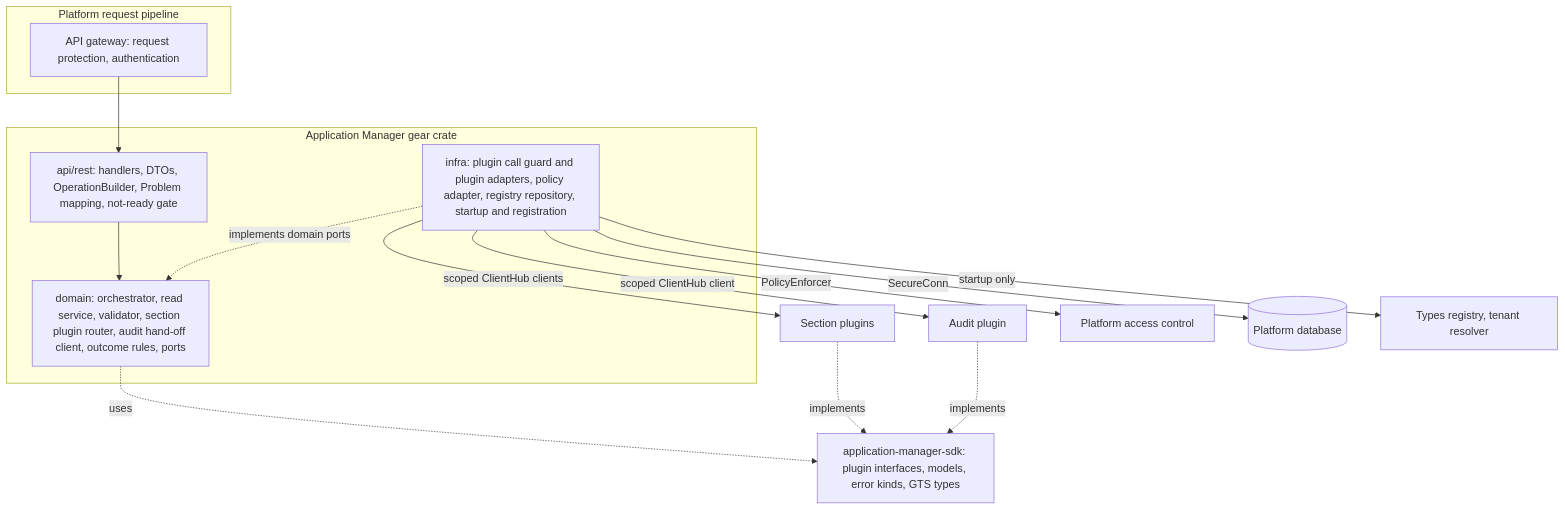
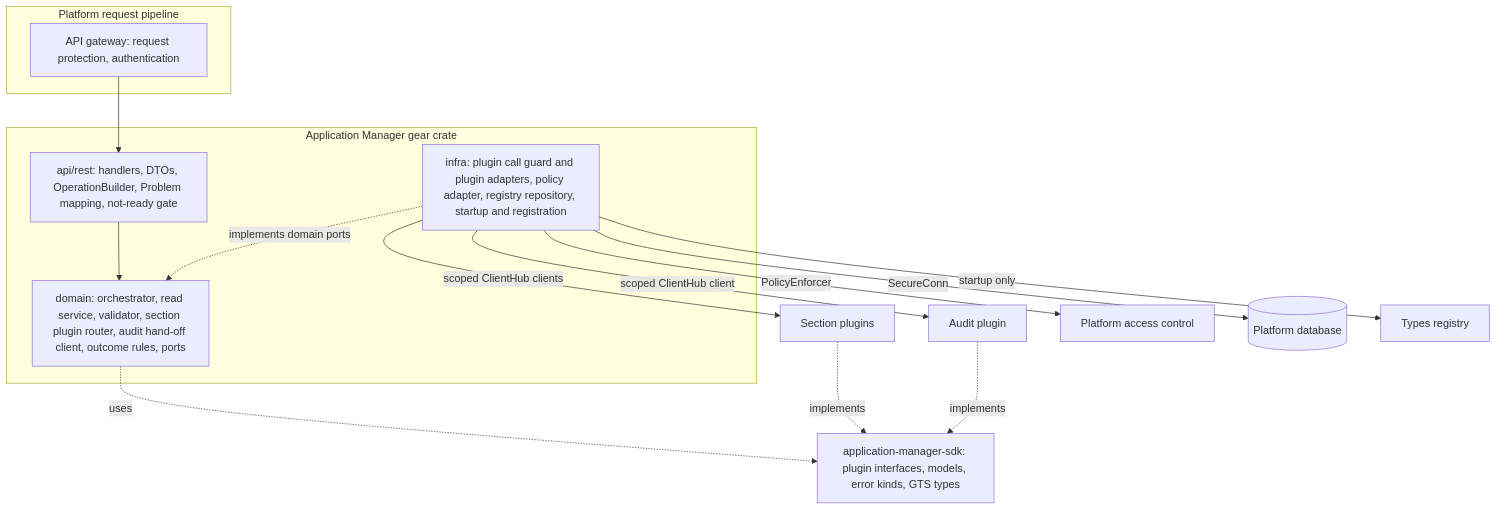
One commit to CommName/gears-rust changed the first of 9 diagrams in gears/system/application-manager/docs/DESIGN.md. Above: the diagram before and after it, drawn with Mermaid. The commit also changed other lines of this file and 7 other files, not shown here.

Commit message:
docs(application-manager): P0 align docs — no startup retry, no root tenant (ADR 0007), fix review findings

````diff
--- a/gears/system/application-manager/docs/DESIGN.md
+++ b/gears/system/application-manager/docs/DESIGN.md
@@ -128,22 +129,22 @@
 ```mermaid
 flowchart TB
     subgraph Platform["Platform request pipeline"]
         GW["API gateway: request protection, authentication"]
     end
     subgraph AM["Application Manager gear crate"]
         API["api/rest: handlers, DTOs, OperationBuilder, Problem mapping, not-ready gate"]
         DOM["domain: orchestrator, read service, validator, section plugin router, audit hand-off client, outcome rules, ports"]
         INF["infra: plugin call guard and plugin adapters, policy adapter, registry repository, startup and registration"]
     end
     SDK["application-manager-sdk: plugin interfaces, models, error kinds, GTS types"]
     GW --> API --> DOM
     INF -.->|"implements domain ports"| DOM
     INF -->|"scoped ClientHub clients"| SP["Section plugins"]
     INF -->|"scoped ClientHub client"| AP["Audit plugin"]
     INF -->|"PolicyEnforcer"| PDP["Platform access control"]
     INF -->|"SecureConn"| DB[("Platform database")]
-    INF -->|"startup only"| TR["Types registry, tenant resolver"]
+    INF -->|"startup only"| TY["Types registry"]
     SP -. implements .-> SDK
     AP -. implements .-> SDK
     DOM -. uses .-> SDK
 ```
````
